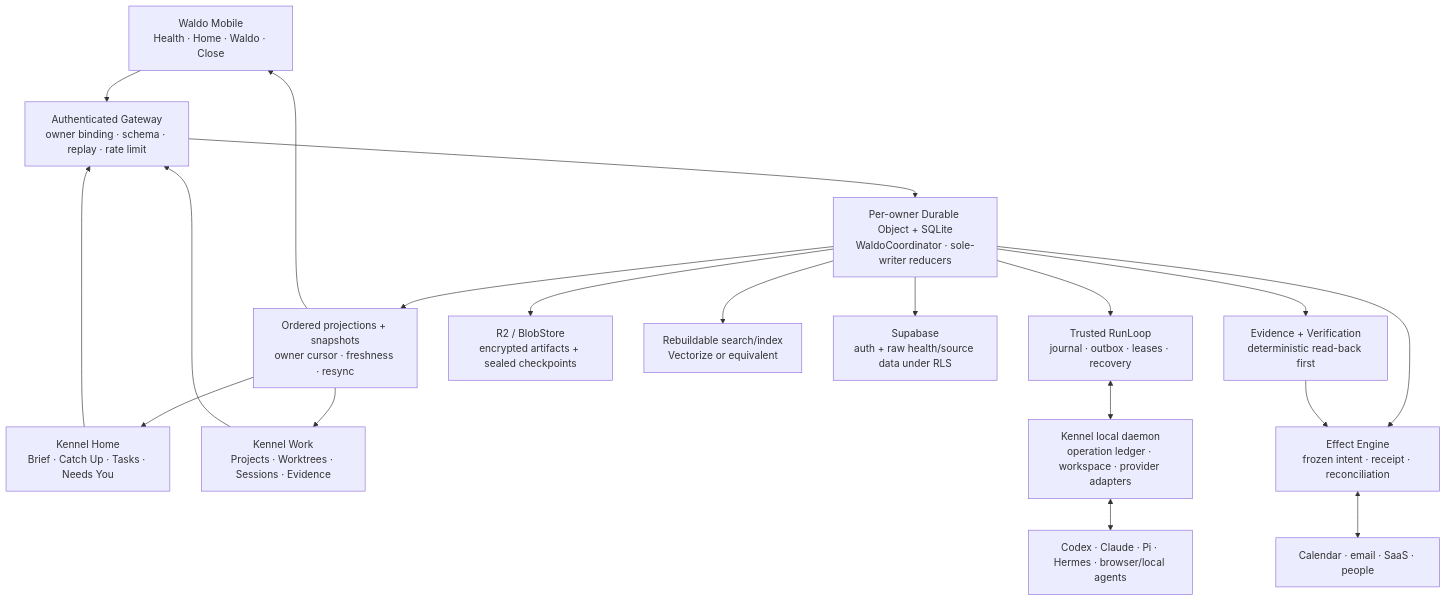
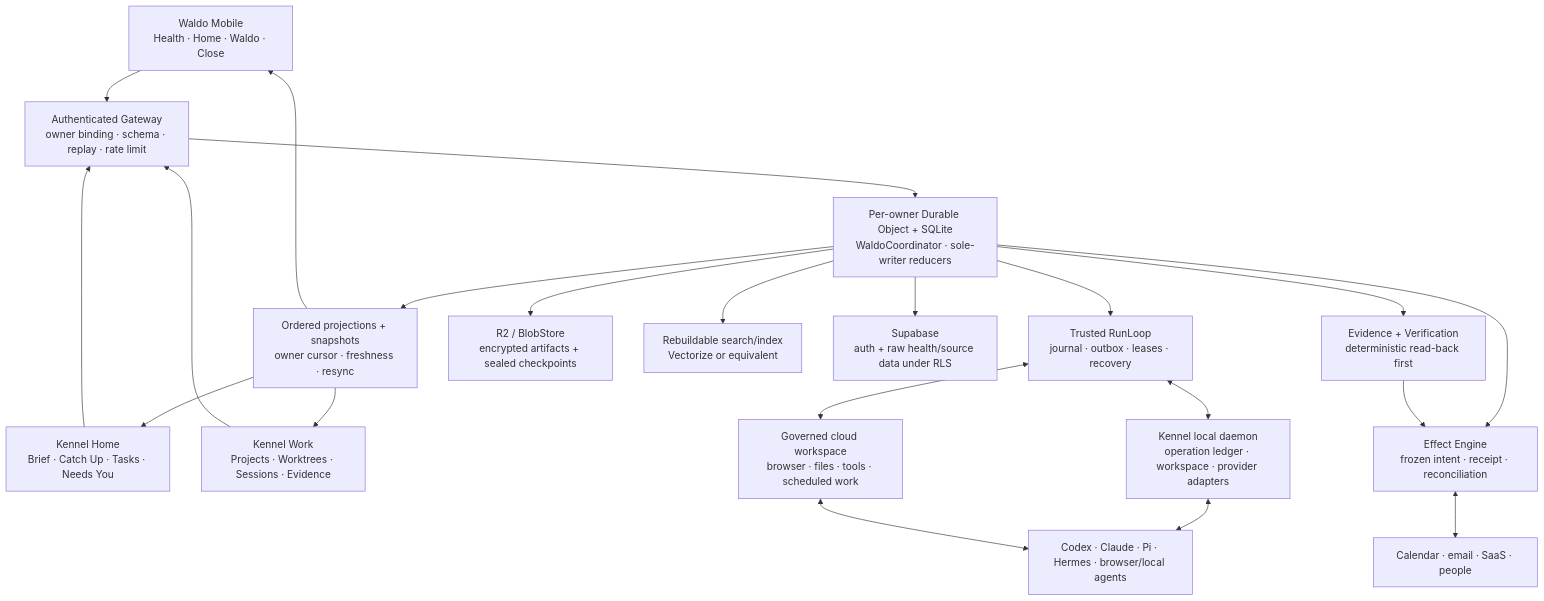
The second of 2 diagrams in docs/planning/WALDO_PRODUCT_ARCHITECTURE_CONVERGENCE_2026-08-11.md (waldoco/waldo-backend), drawn with Mermaid before and after one commit. The commit also changed other lines of this file and 32 other files, not shown here.

````diff
--- a/docs/planning/WALDO_PRODUCT_ARCHITECTURE_CONVERGENCE_2026-08-11.md
+++ b/docs/planning/WALDO_PRODUCT_ARCHITECTURE_CONVERGENCE_2026-08-11.md
@@ -287,37 +309,40 @@
 ```mermaid
 flowchart TB
   Mobile["Waldo Mobile\nHealth · Home · Waldo · Close"]
   KennelHome["Kennel Home\nBrief · Catch Up · Tasks · Needs You"]
   KennelWork["Kennel Work\nProjects · Worktrees · Sessions · Evidence"]
   Gateway["Authenticated Gateway\nowner binding · schema · replay · rate limit"]
   Root["Per-owner Durable Object + SQLite\nWaldoCoordinator · sole-writer reducers"]
   Proj["Ordered projections + snapshots\nowner cursor · freshness · resync"]
   Kernel["Trusted RunLoop\njournal · outbox · leases · recovery"]
   Verify["Evidence + Verification\ndeterministic read-back first"]
   Effects["Effect Engine\nfrozen intent · receipt · reconciliation"]
   KennelRuntime["Kennel local daemon\noperation ledger · workspace · provider adapters"]
+  CloudRuntime["Governed cloud workspace\nbrowser · files · tools · scheduled work"]
   Providers["Codex · Claude · Pi · Hermes · browser/local agents"]
   Connectors["Calendar · email · SaaS · people"]
   R2["R2 / BlobStore\nencrypted artifacts + sealed checkpoints"]
   Search["Rebuildable search/index\nVectorize or equivalent"]
   Supabase["Supabase\nauth + raw health/source data under RLS"]
 
   Mobile --> Gateway
   KennelHome --> Gateway
   KennelWork --> Gateway
   Gateway --> Root
   Root --> Proj
   Proj --> Mobile
   Proj --> KennelHome
   Proj --> KennelWork
   Root --> Kernel
   Kernel <--> KennelRuntime
+  Kernel <--> CloudRuntime
   KennelRuntime <--> Providers
+  CloudRuntime <--> Providers
   Root --> Effects
   Effects <--> Connectors
   Root --> Verify
   Verify --> Effects
   Root --> R2
   Root --> Search
   Root --> Supabase
 ```
````
